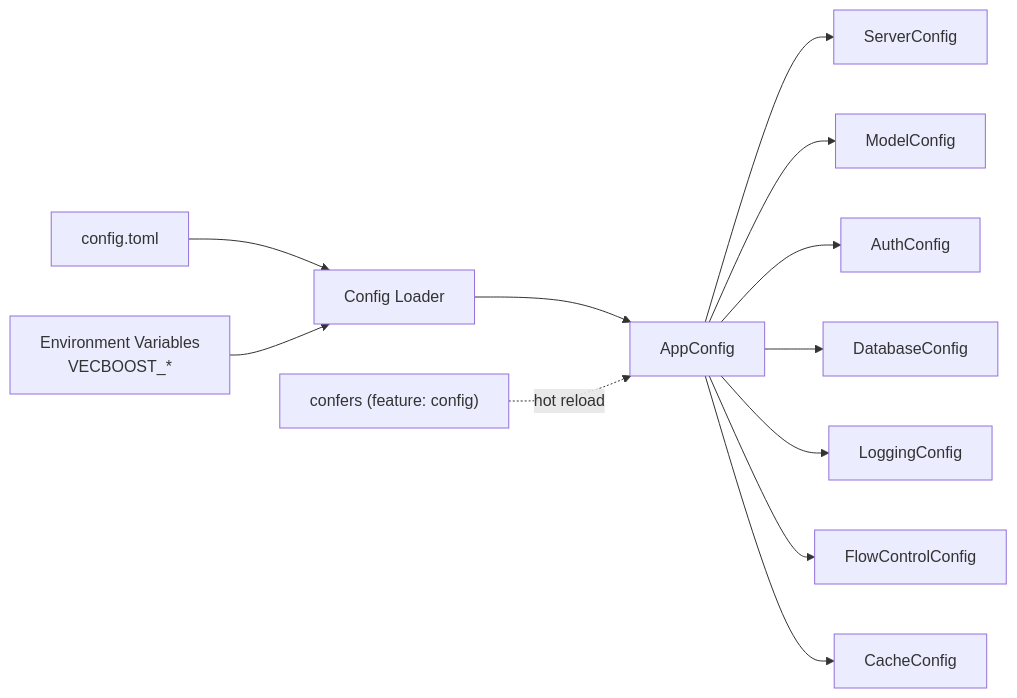
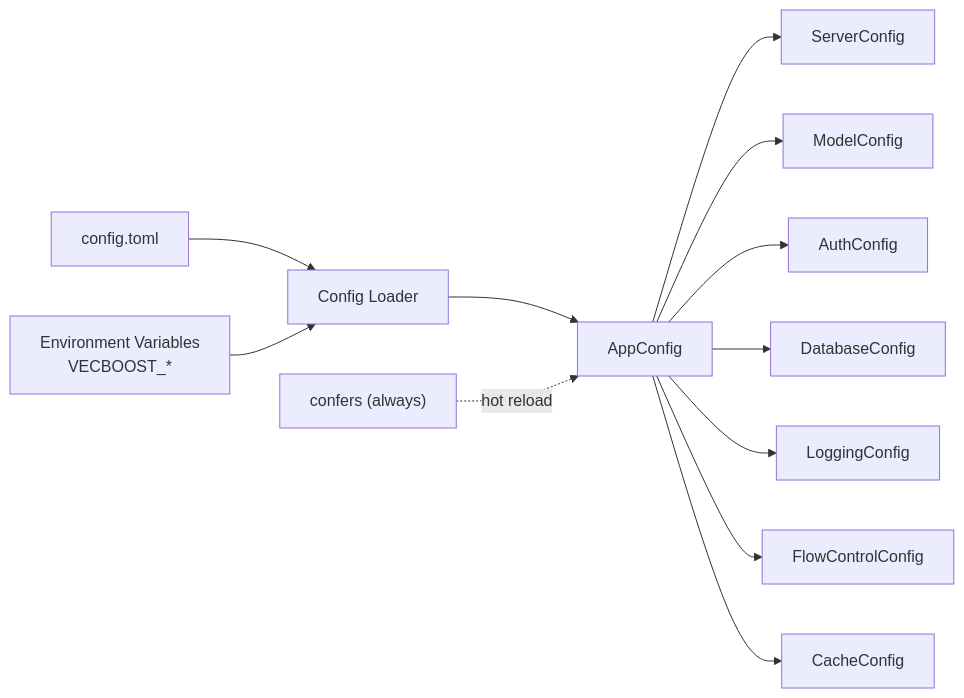
Before and after one commit to Kirky-X/vecboost: the seventh of 7 diagrams in docs/ARCHITECTURE.md, drawn with Mermaid. The commit also changed other lines of this file and 5 other files, not shown here.

````diff
--- a/docs/ARCHITECTURE.md
+++ b/docs/ARCHITECTURE.md
@@ -319,15 +385,15 @@
 ```mermaid
 graph LR
     TOML["config.toml"] --> Loader["Config Loader"]
     Env["Environment Variables<br/>VECBOOST_*"] --> Loader
     Loader --> AppConfig["AppConfig"]
-    confers["confers (feature: config)"] -.->|hot reload| AppConfig
+    confers["confers (always)"] -.->|hot reload| AppConfig
 
     AppConfig --> Server["ServerConfig"]
     AppConfig --> Model["ModelConfig"]
     AppConfig --> Auth["AuthConfig"]
     AppConfig --> Database["DatabaseConfig"]
     AppConfig --> Logging["LoggingConfig"]
     AppConfig --> FlowControl["FlowControlConfig"]
     AppConfig --> Cache["CacheConfig"]
 ```
````
